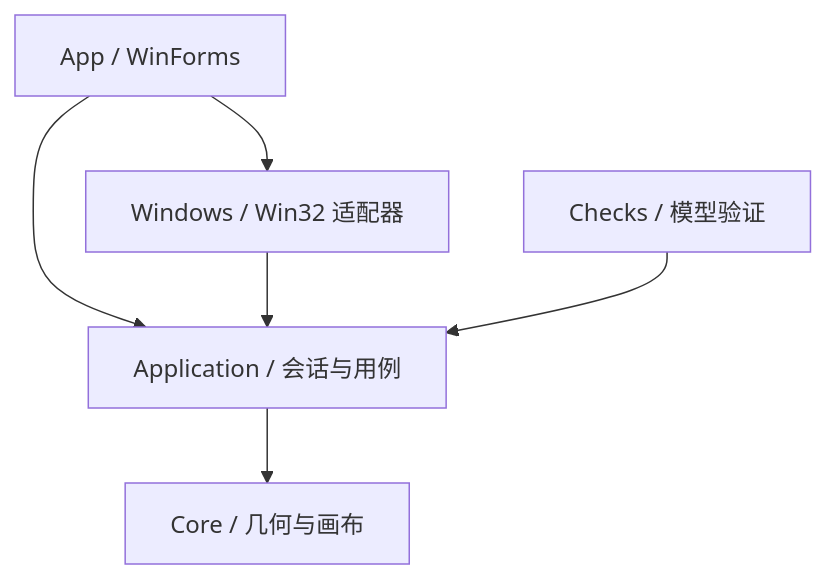
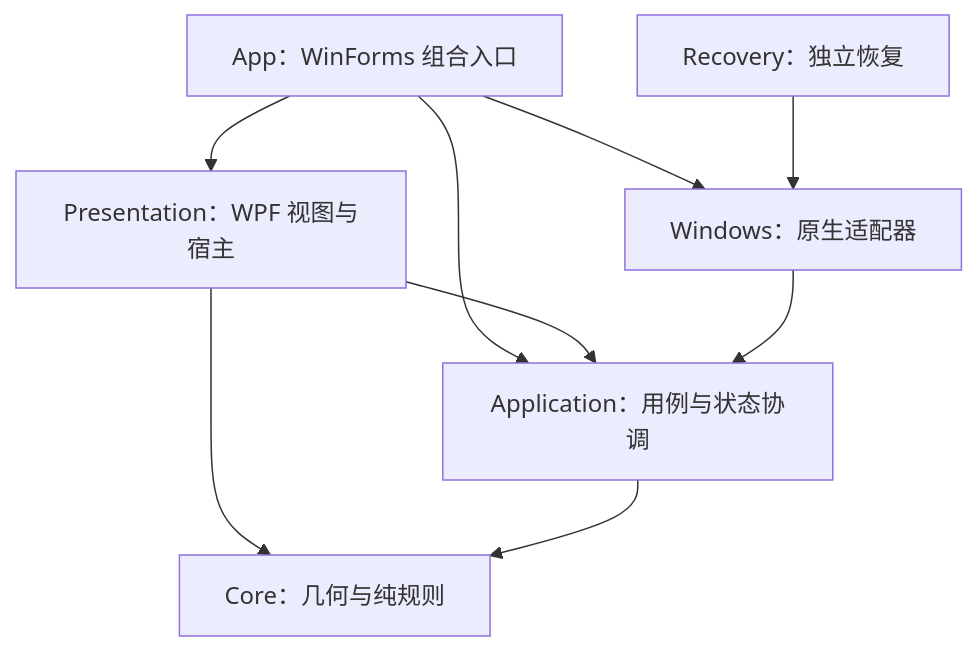
Before and after one commit to BuanDesu/Borderless-Canvas: the diagram in docs/architecture.md, drawn with Mermaid. The commit also changed other lines of this file and 120 other files, not shown here.

````diff
--- a/docs/architecture.md
+++ b/docs/architecture.md
@@ -7,8 +7,11 @@
 ```mermaid
 flowchart TD
-    App[App / WinForms] --> Application[Application / 会话与用例]
-    App --> Windows[Windows / Win32 适配器]
+    App[App：WinForms 组合入口] --> Presentation[Presentation：WPF 视图与宿主]
+    App --> Windows[Windows：原生适配器]
+    App --> Application[Application：用例与状态协调]
+    Presentation --> Application
+    Presentation --> Core[Core：几何与纯规则]
     Windows --> Application
-    Application --> Core[Core / 几何与画布]
-    Checks[Checks / 模型验证] --> Application
+    Application --> Core
+    Recovery[Recovery：独立恢复] --> Windows
 ```
````
